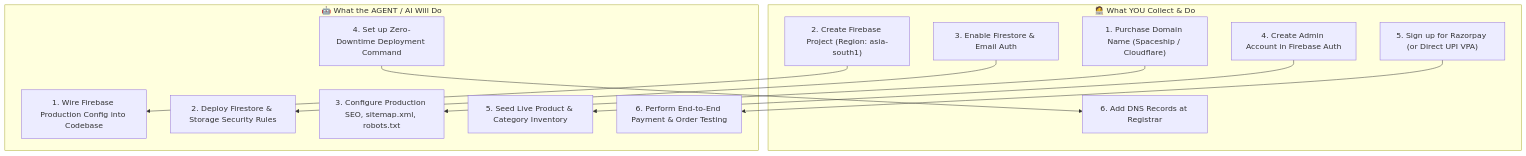
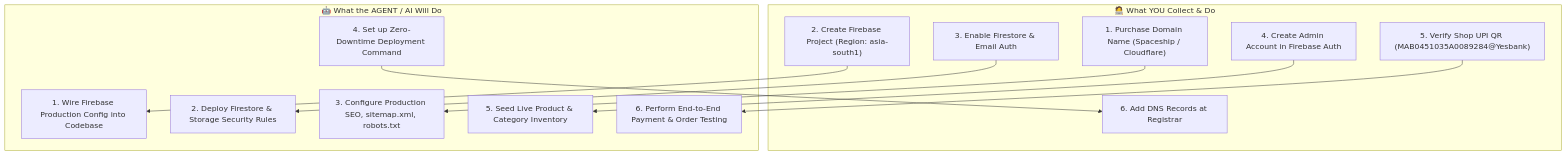
One commit to punnagaitoys/store changed the diagram in production_launch_blueprint.md. Above: the diagram before and after it, drawn with Mermaid. The commit also changed other lines of this file and 26 other files, not shown here.

````diff
--- a/production_launch_blueprint.md
+++ b/production_launch_blueprint.md
@@ -27,27 +27,27 @@
 ```mermaid
 flowchart TD
     subgraph USER["🧑‍💻 What YOU Collect & Do"]
         U1["1. Purchase Domain Name (Spaceship / Cloudflare)"]
         U2["2. Create Firebase Project (Region: asia-south1)"]
         U3["3. Enable Firestore & Email Auth"]
         U4["4. Create Admin Account in Firebase Auth"]
-        U5["5. Sign up for Razorpay (or Direct UPI VPA)"]
+        U5["5. Verify Shop UPI QR (MAB0451035A0089284@Yesbank)"]
         U6["6. Add DNS Records at Registrar"]
     end
 
     subgraph AGENT["🤖 What the AGENT / AI Will Do"]
         A1["1. Wire Firebase Production Config into Codebase"]
         A2["2. Deploy Firestore & Storage Security Rules"]
         A3["3. Configure Production SEO, sitemap.xml, robots.txt"]
         A4["4. Set up Zero-Downtime Deployment Command"]
         A5["5. Seed Live Product & Category Inventory"]
         A6["6. Perform End-to-End Payment & Order Testing"]
     end
 
     U1 --> A3
     U2 --> A1
     U3 --> A2
     U4 --> A5
     U5 --> A6
     A4 --> U6
 ```
````
